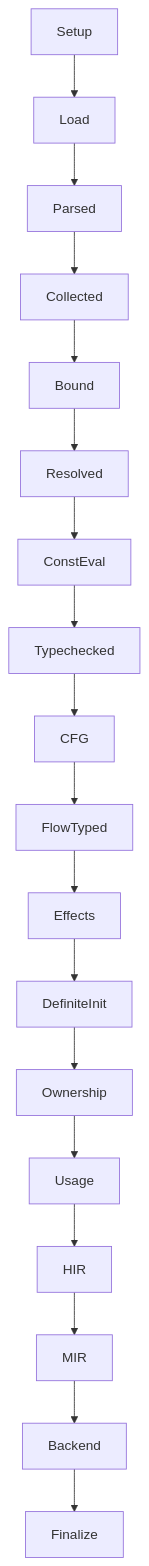
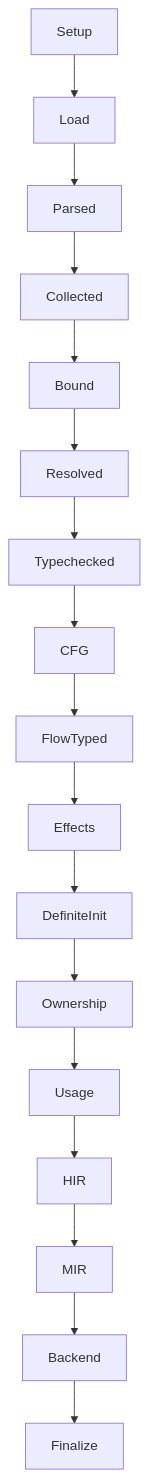
The fourth of 8 diagrams in Code-tour.md (PeeperLanguage/compiler), drawn with Mermaid before and after one commit. The commit also changed other lines of this file and 2 other files, not shown here.

Commit message:
Refresh architecture documentation after cleanup

````diff
--- a/Code-tour.md
+++ b/Code-tour.md
@@ -129,7 +129,7 @@
 ```mermaid
 flowchart TD
     Setup --> Load --> Parsed --> Collected --> Bound --> Resolved
-    Resolved --> ConstEval --> Typechecked --> CFG --> FlowTyped
+    Resolved --> Typechecked --> CFG --> FlowTyped
     FlowTyped --> Effects --> DefiniteInit --> Ownership --> Usage
     Usage --> HIR --> MIR --> Backend --> Finalize
 ```
````
